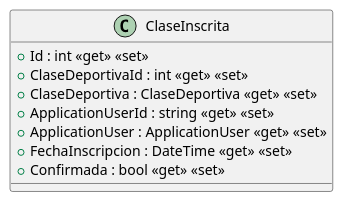
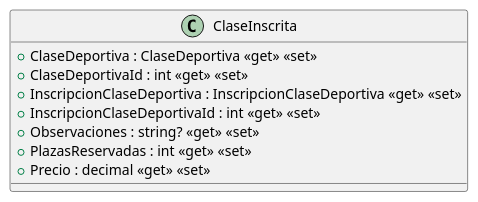
The diagram in src/AppForSEII.API/ClassDiagram/ClaseInscrita.puml (EQUIPO-AJR-IS-2/ISII2627EquipoAJR), drawn with PlantUML before and after one commit. The commit also changed 1 other file, not shown here.

Commit message:
Corregir clase ClaseInscrita

```diff
--- a/src/AppForSEII.API/ClassDiagram/ClaseInscrita.puml
+++ b/src/AppForSEII.API/ClassDiagram/ClaseInscrita.puml
@@ -1,11 +1,11 @@
 @startuml
 class ClaseInscrita {
-    + Id : int <<get>> <<set>>
+    + ClaseDeportiva : ClaseDeportiva <<get>> <<set>>
     + ClaseDeportivaId : int <<get>> <<set>>
-    + ClaseDeportiva : ClaseDeportiva <<get>> <<set>>
-    + ApplicationUserId : string <<get>> <<set>>
-    + ApplicationUser : ApplicationUser <<get>> <<set>>
-    + FechaInscripcion : DateTime <<get>> <<set>>
-    + Confirmada : bool <<get>> <<set>>
+    + InscripcionClaseDeportiva : InscripcionClaseDeportiva <<get>> <<set>>
+    + InscripcionClaseDeportivaId : int <<get>> <<set>>
+    + Observaciones : string? <<get>> <<set>>
+    + PlazasReservadas : int <<get>> <<set>>
+    + Precio : decimal <<get>> <<set>>
 }
 @enduml
```
